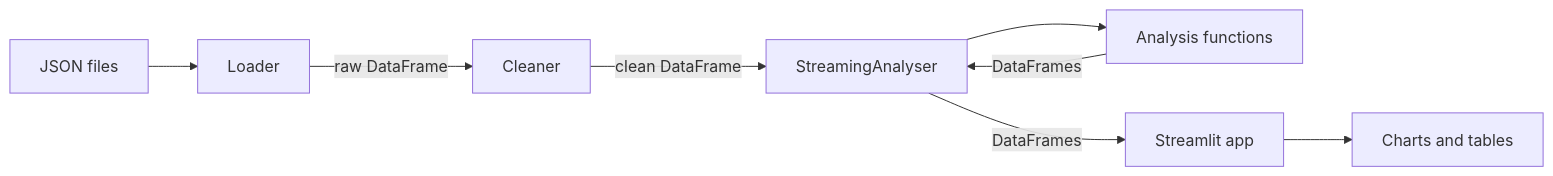
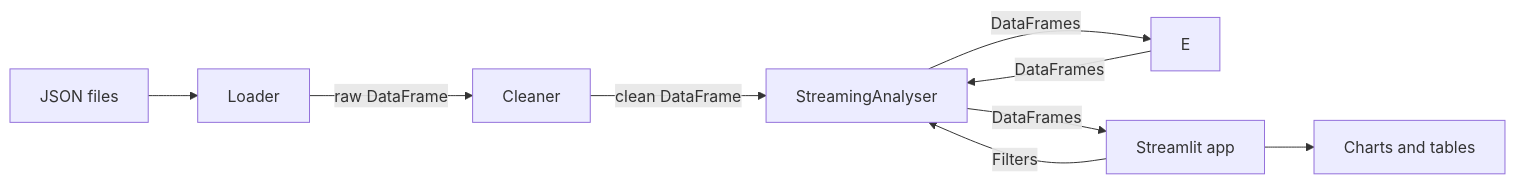
The diagram in README.md (OliverJCox/Spotify_Data_Analyser), drawn with Mermaid before and after one commit.

Commit message:
Amending architecture diagram to include passing filters

````diff
--- a/README.md
+++ b/README.md
@@ -61,10 +61,11 @@
 ```mermaid
 flowchart LR
     A[JSON files] --> B[Loader]
     B -->|raw DataFrame| C[Cleaner]
     C -->|clean DataFrame| D[StreamingAnalyser]
-    D --> E[Analysis functions]
     E -->|DataFrames| D
+    D -->|DataFrames| E
     D -->|DataFrames| F[Streamlit app]
+    F -->|Filters| D
     F --> G[Charts and tables]
 ```
````
